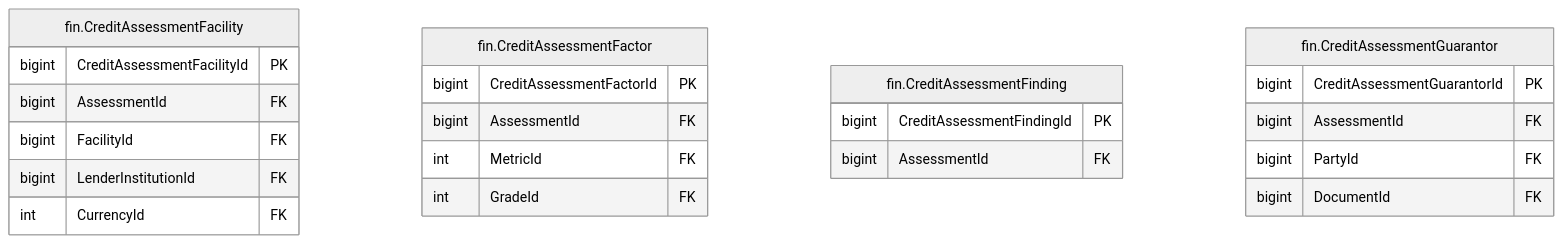
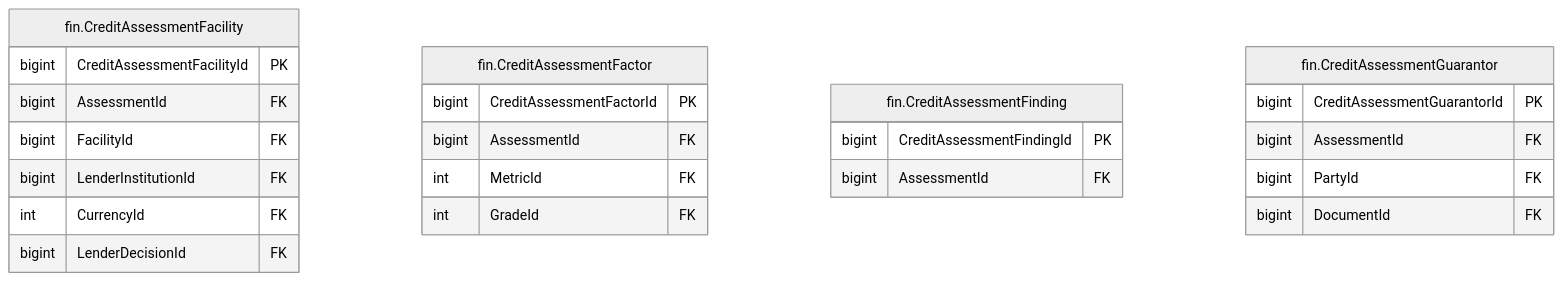
The diagram in treasury-platform/docs/diagrams/erd/m5_financials_3.mmd (thawrasy/smartlines), drawn with Mermaid (neutral theme) before and after one commit. The commit also changed 136 other files, not shown here.

First line of the commit message:
Record the lender's actual decision on each facility (owner's decision 33)

```diff
--- a/treasury-platform/docs/diagrams/erd/m5_financials_3.mmd
+++ b/treasury-platform/docs/diagrams/erd/m5_financials_3.mmd
@@ -1,25 +1,26 @@
 %% م5 · البيانات المالية والأرصدة (3/13) — Financial statements & balances
 erDiagram
   fin_CreditAssessmentFacility["fin.CreditAssessmentFacility"] {
     bigint CreditAssessmentFacilityId PK
     bigint AssessmentId FK
     bigint FacilityId FK
     bigint LenderInstitutionId FK
     int CurrencyId FK
+    bigint LenderDecisionId FK
   }
   fin_CreditAssessmentFactor["fin.CreditAssessmentFactor"] {
     bigint CreditAssessmentFactorId PK
     bigint AssessmentId FK
     int MetricId FK
     int GradeId FK
   }
   fin_CreditAssessmentFinding["fin.CreditAssessmentFinding"] {
     bigint CreditAssessmentFindingId PK
     bigint AssessmentId FK
   }
   fin_CreditAssessmentGuarantor["fin.CreditAssessmentGuarantor"] {
     bigint CreditAssessmentGuarantorId PK
     bigint AssessmentId FK
     bigint PartyId FK
     bigint DocumentId FK
   }
```
